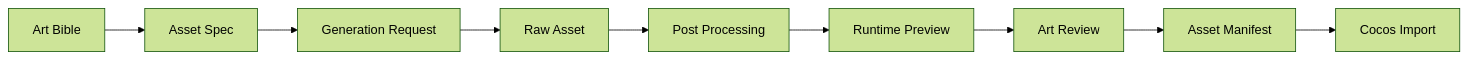
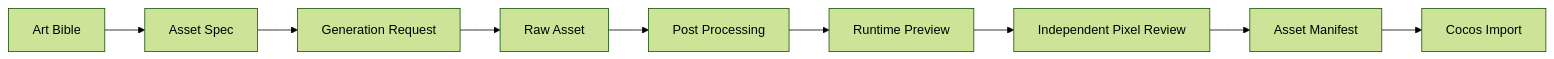
The diagram in docs/09_art_agent_and_asset_pipeline.md (Three-Walkers/be-the-producer), drawn with Mermaid (forest theme) before and after one commit. The commit also changed other lines of this file and 26 other files, not shown here.

````diff
--- a/docs/09_art_agent_and_asset_pipeline.md
+++ b/docs/09_art_agent_and_asset_pipeline.md
@@ -160,11 +152,11 @@
 ```mermaid
 flowchart LR
     A["Art Bible"] --> B["Asset Spec"]
     B --> C["Generation Request"]
     C --> D["Raw Asset"]
     D --> E["Post Processing"]
     E --> F["Runtime Preview"]
-    F --> G["Art Review"]
+    F --> G["Independent Pixel Review"]
     G --> H["Asset Manifest"]
     H --> I["Cocos Import"]
 ```
````
